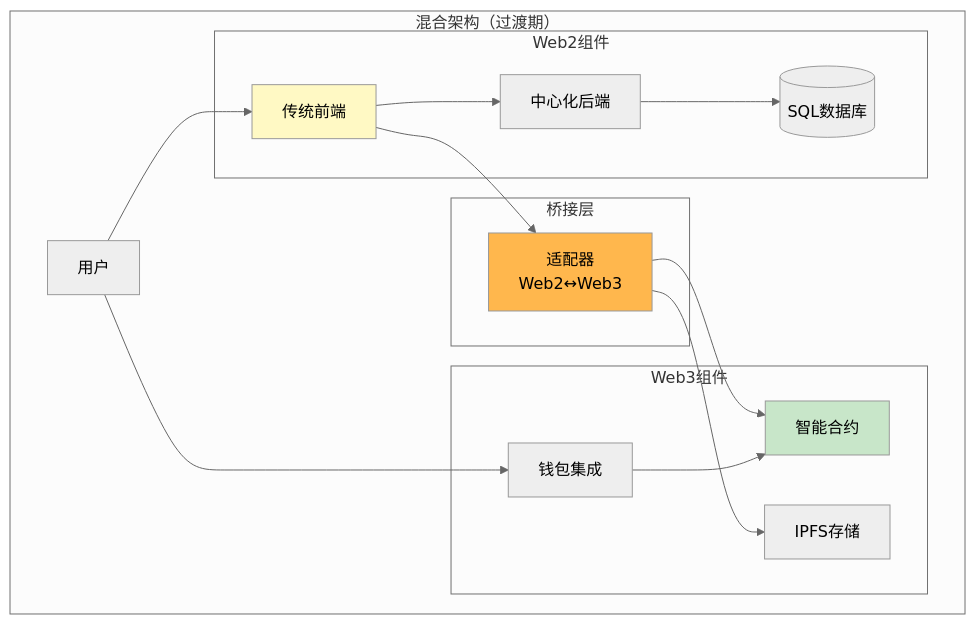
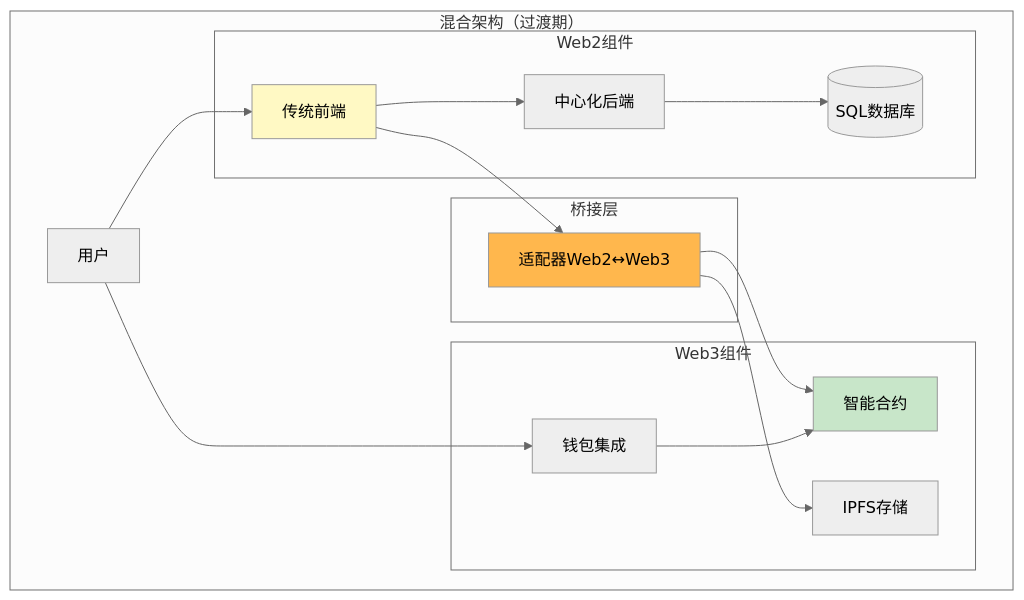
Diagram 22 of 29 in src/content/posts/web3/web2-vs-web3.md (liuxing95/blog), drawn with Mermaid (neutral theme) before and after one commit. The commit also changed other lines of this file and 3 other files, not shown here.

````diff
--- a/src/content/posts/web3/web2-vs-web3.md
+++ b/src/content/posts/web3/web2-vs-web3.md
@@ -1079,39 +1054,39 @@
 ```mermaid
 graph TB
     subgraph "混合架构（过渡期）"
         Users[用户]
 
         subgraph "Web2组件"
             Web2_FE[传统前端]
             Web2_BE[中心化后端]
             Web2_DB[(SQL数据库)]
         end
 
         subgraph "Web3组件"
             Wallet[钱包集成]
             SmartContract[智能合约]
             IPFS[IPFS存储]
         end
 
         subgraph "桥接层"
-            Bridge[适配器<br/>Web2↔Web3]
+            Bridge[适配器Web2↔Web3]
         end
     end
 
     Users --> Web2_FE
     Users --> Wallet
 
     Web2_FE --> Web2_BE
     Web2_FE --> Bridge
 
     Web2_BE --> Web2_DB
 
     Bridge --> SmartContract
     Bridge --> IPFS
 
     Wallet --> SmartContract
 
     style Web2_FE fill:#fff9c4
     style Bridge fill:#ffb74d
     style SmartContract fill:#c8e6c9
 ```
````
